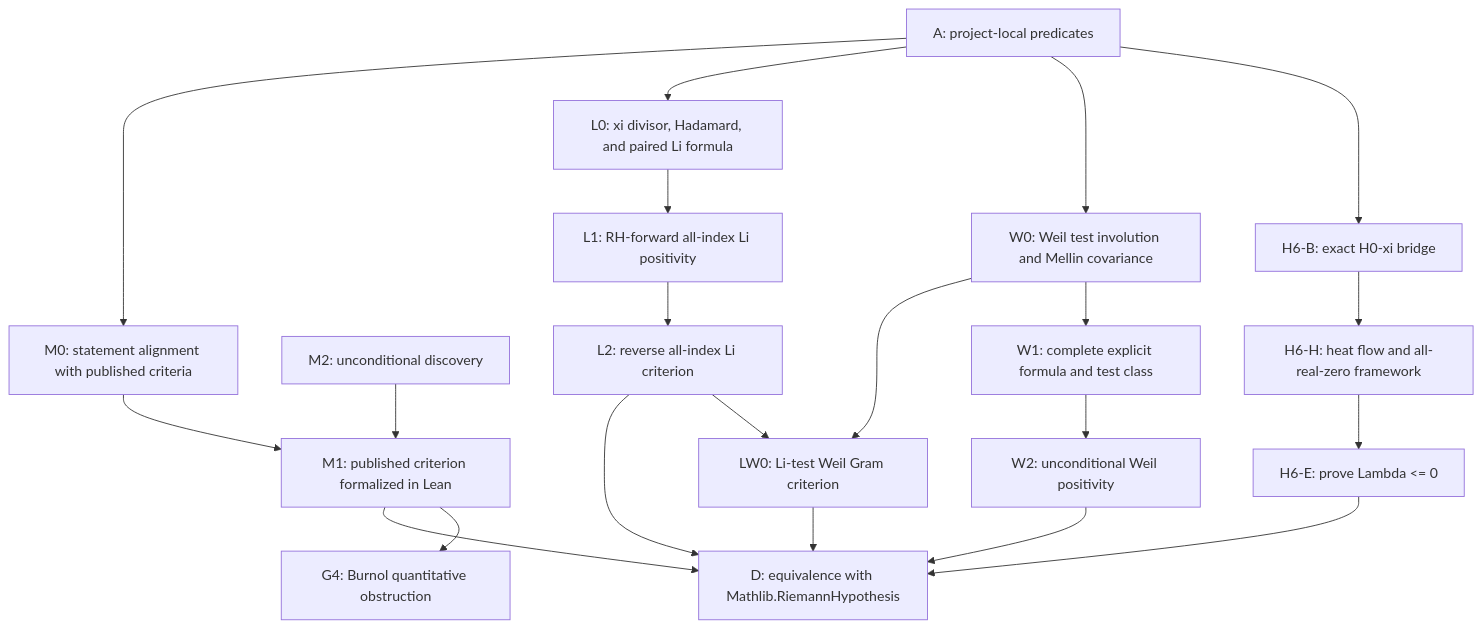
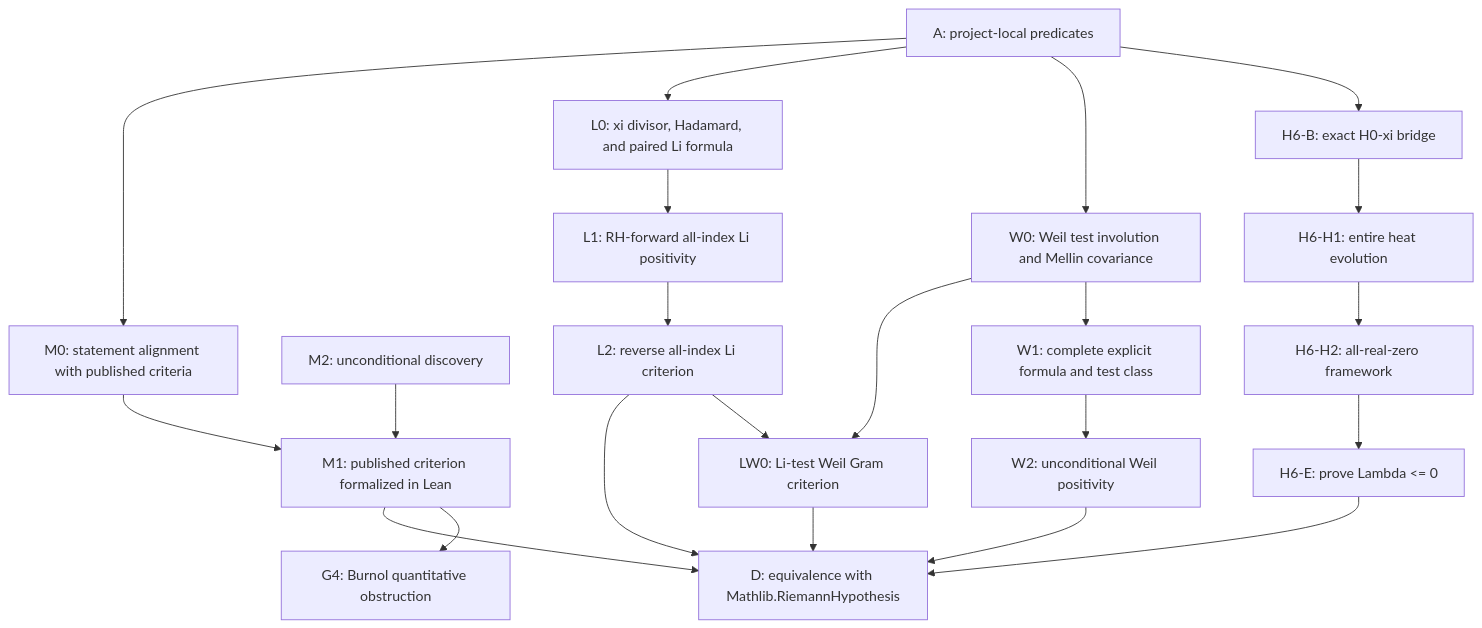
The diagram in research/hard_gap_dag.md (Ryugu-07/lean-lab-rh), drawn with Mermaid before and after one commit. The commit also changed other lines of this file and 12 other files, not shown here.

````diff
--- a/research/hard_gap_dag.md
+++ b/research/hard_gap_dag.md
@@ -12,23 +12,24 @@
 ```mermaid
 flowchart TD
     A["A: project-local predicates"] --> M0["M0: statement alignment with published criteria"]
     M0 --> M1["M1: published criterion formalized in Lean"]
     M1 --> D["D: equivalence with Mathlib.RiemannHypothesis"]
     E["M2: unconditional discovery"] --> M1
     M1 --> G4["G4: Burnol quantitative obstruction"]
     A --> L0["L0: xi divisor, Hadamard, and paired Li formula"]
     L0 --> L1["L1: RH-forward all-index Li positivity"]
     L1 --> L2["L2: reverse all-index Li criterion"]
     L2 --> D
     L2 --> LW0["LW0: Li-test Weil Gram criterion"]
     W0 --> LW0
     LW0 --> D
     A --> W0["W0: Weil test involution and Mellin covariance"]
     W0 --> W1["W1: complete explicit formula and test class"]
     W1 --> W2["W2: unconditional Weil positivity"]
     W2 --> D
     A --> H6B["H6-B: exact H0-xi bridge"]
-    H6B --> H6H["H6-H: heat flow and all-real-zero framework"]
+    H6B --> H6H1["H6-H1: entire heat evolution"]
+    H6H1 --> H6H["H6-H2: all-real-zero framework"]
     H6H --> H6E["H6-E: prove Lambda <= 0"]
     H6E --> D
 ```
````
